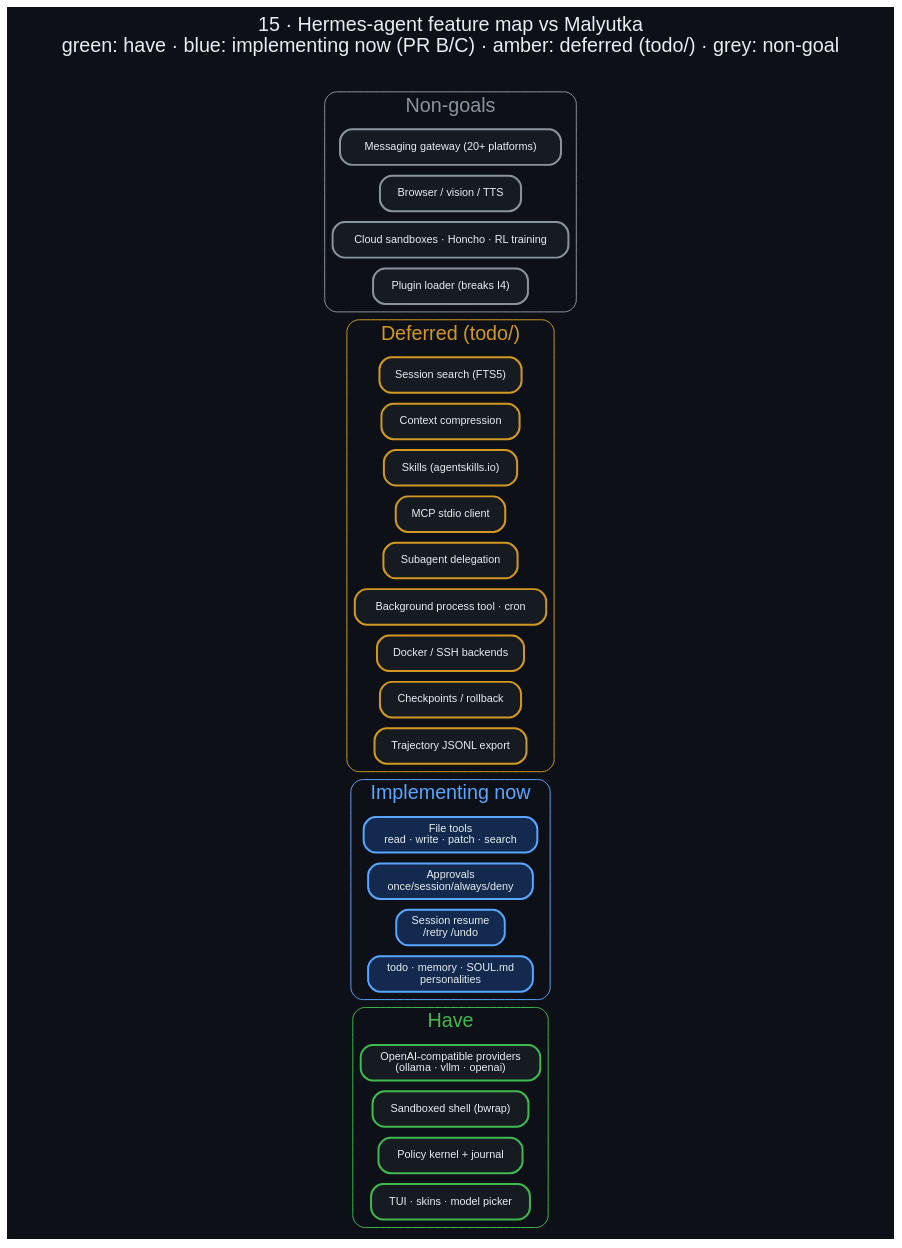
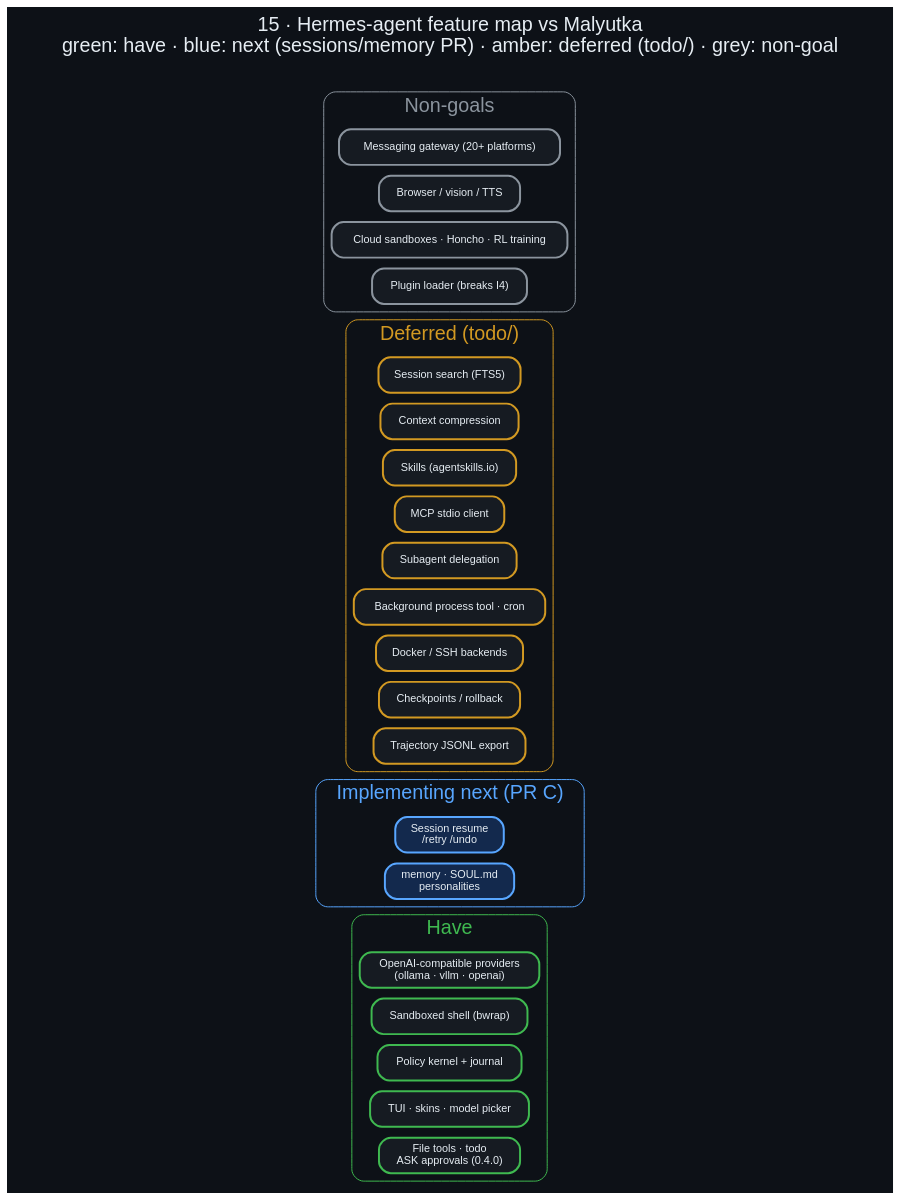
The diagram in docs/diagrams/15_hermes_gap_map.dot (danindiana/malyutka), drawn with Graphviz before and after one commit. The commit also changed 38 other files, not shown here.

First line of the commit message:
feat: file tools and ASK approvals (M2, v0.4.0)

```diff
--- a/docs/diagrams/15_hermes_gap_map.dot
+++ b/docs/diagrams/15_hermes_gap_map.dot
@@ -1,33 +1,32 @@
 digraph gap {
     graph [bgcolor="#0d1117", fontname="Helvetica", fontcolor="#e6edf3", labelloc="t", fontsize=20, rankdir=LR,
-           label="15 · Hermes-agent feature map vs Malyutka\ngreen: have · blue: implementing now (PR B/C) · amber: deferred (todo/) · grey: non-goal\n ", nodesep=0.15, ranksep=0.7];
+           label="15 · Hermes-agent feature map vs Malyutka\ngreen: have · blue: next (sessions/memory PR) · amber: deferred (todo/) · grey: non-goal\n ", nodesep=0.15, ranksep=0.7];
     node  [fontname="Helvetica", fontcolor="#e6edf3", color="#30363d", style="filled,rounded", shape=box, penwidth=2, margin="0.22,0.14", fillcolor="#161b22", fontsize=12];
     edge  [color="#8b949e", fontname="Helvetica", fontcolor="#adbac7", penwidth=1.5, arrowsize=0.85, fontsize=10];
     node [fontsize=11, margin="0.15,0.08"];
 
     subgraph cluster_have { label="Have"; fontcolor="#3fb950"; color="#3fb950"; style="rounded";
       h1 [label="OpenAI-compatible providers\n(ollama · vllm · openai)", color="#3fb950"];
       h2 [label="Sandboxed shell (bwrap)", color="#3fb950"];
       h3 [label="Policy kernel + journal", color="#3fb950"];
-      h4 [label="TUI · skins · model picker", color="#3fb950"]; }
-    subgraph cluster_now { label="Implementing now"; fontcolor="#58a6ff"; color="#58a6ff"; style="rounded";
-      n1 [label="File tools\nread · write · patch · search", color="#58a6ff", fillcolor="#13294d"];
-      n2 [label="Approvals\nonce/session/always/deny", color="#58a6ff", fillcolor="#13294d"];
+      h4 [label="TUI · skins · model picker", color="#3fb950"];
+      h5 [label="File tools · todo\nASK approvals (0.4.0)", color="#3fb950"]; }
+    subgraph cluster_now { label="Implementing next (PR C)"; fontcolor="#58a6ff"; color="#58a6ff"; style="rounded";
       n3 [label="Session resume\n/retry /undo", color="#58a6ff", fillcolor="#13294d"];
-      n4 [label="todo · memory · SOUL.md\npersonalities", color="#58a6ff", fillcolor="#13294d"]; }
+      n4 [label="memory · SOUL.md\npersonalities", color="#58a6ff", fillcolor="#13294d"]; }
     subgraph cluster_def { label="Deferred (todo/)"; fontcolor="#d29922"; color="#d29922"; style="rounded";
       d1 [label="Session search (FTS5)", color="#d29922"];
       d2 [label="Context compression", color="#d29922"];
       d3 [label="Skills (agentskills.io)", color="#d29922"];
       d4 [label="MCP stdio client", color="#d29922"];
       d5 [label="Subagent delegation", color="#d29922"];
       d6 [label="Background process tool · cron", color="#d29922"];
       d7 [label="Docker / SSH backends", color="#d29922"];
       d8 [label="Checkpoints / rollback", color="#d29922"];
       d9 [label="Trajectory JSONL export", color="#d29922"]; }
     subgraph cluster_no { label="Non-goals"; fontcolor="#8b949e"; color="#8b949e"; style="rounded";
       g1 [label="Messaging gateway (20+ platforms)", color="#8b949e"];
       g2 [label="Browser / vision / TTS", color="#8b949e"];
       g3 [label="Cloud sandboxes · Honcho · RL training", color="#8b949e"];
       g4 [label="Plugin loader (breaks I4)", color="#8b949e"]; }
 }
```
